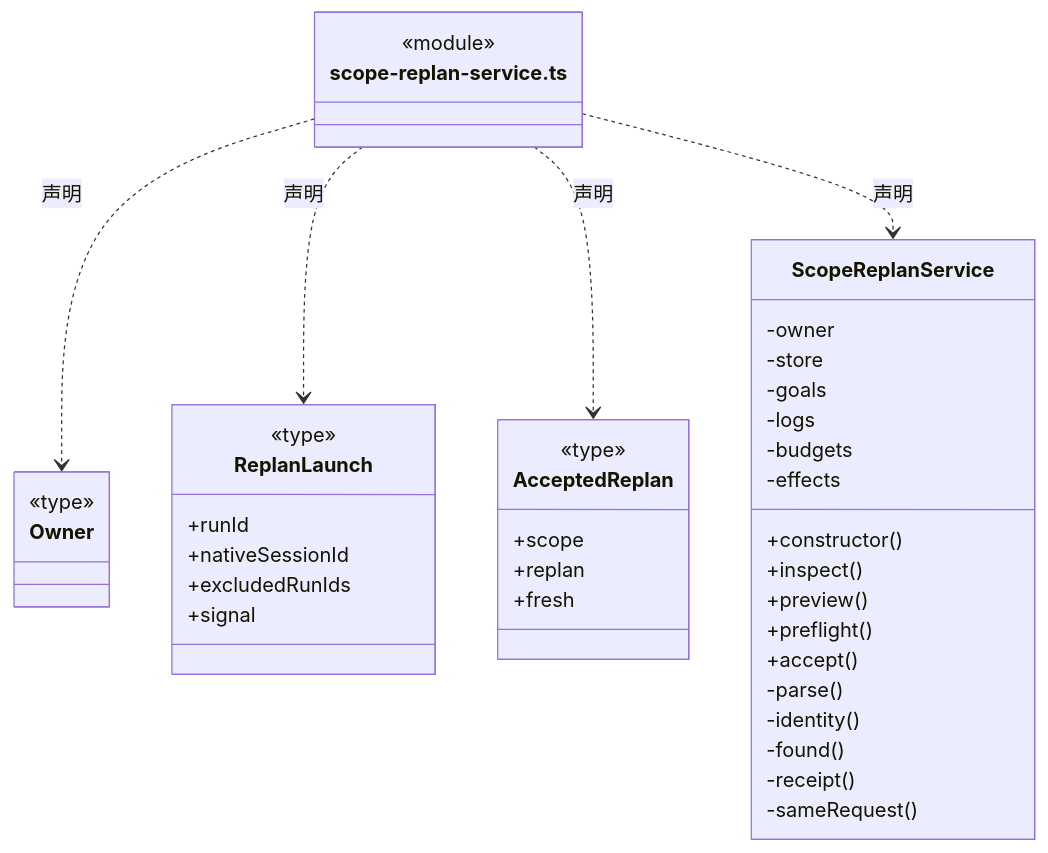
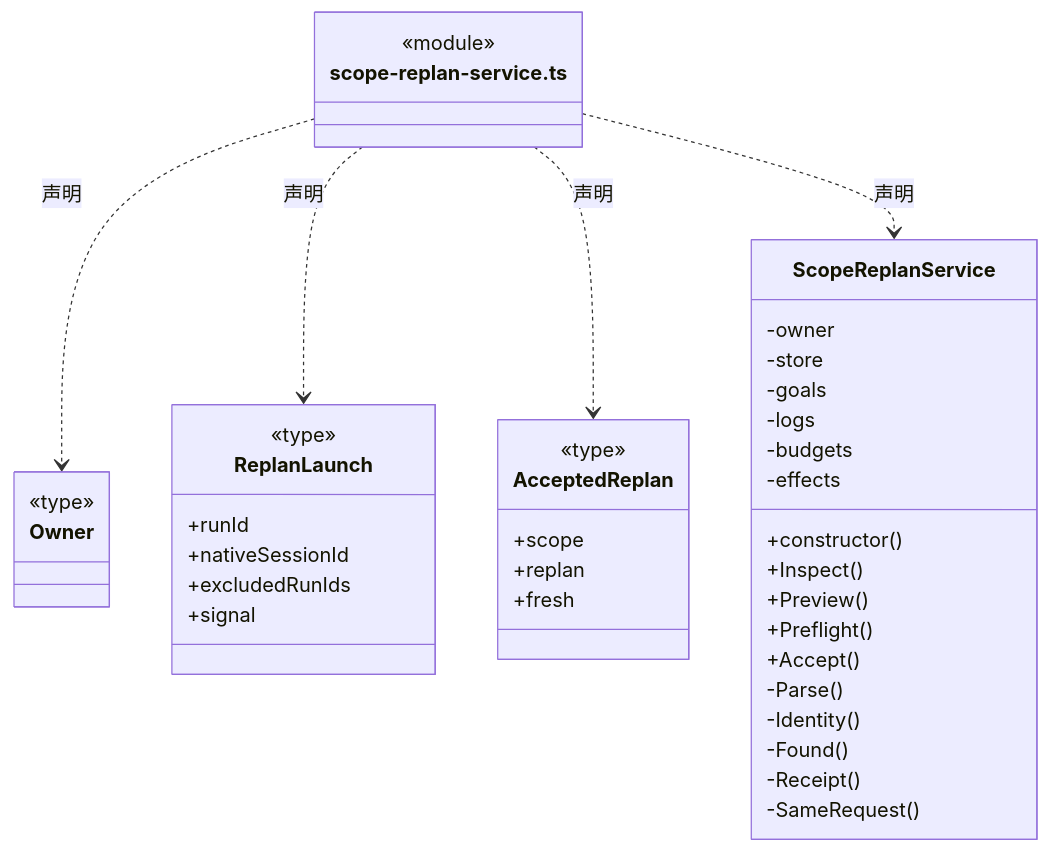
Before and after one commit to nan023062/cbim: diagram 19 of 25 in src/logic/tasks/runtime/ARCHITECTURE.md, drawn with Mermaid. The commit also changed other lines of this file and 1035 other files, not shown here.

````diff
--- a/src/logic/tasks/runtime/ARCHITECTURE.md
+++ b/src/logic/tasks/runtime/ARCHITECTURE.md
@@ -507,45 +507,45 @@
 ```mermaid
 classDiagram
 class N_src_logic_tasks_runtime_scope_replan_service_ts["scope-replan-service.ts"] {
   <<module>>
 }
 class N_src_logic_tasks_runtime_scope_replan_service_ts_Owner["Owner"] {
   <<type>>
 
 }
 N_src_logic_tasks_runtime_scope_replan_service_ts ..> N_src_logic_tasks_runtime_scope_replan_service_ts_Owner : 声明
 class N_src_logic_tasks_runtime_scope_replan_service_ts_ReplanLaunch["ReplanLaunch"] {
   <<type>>
   +runId
   +nativeSessionId
   +excludedRunIds
   +signal
 }
 N_src_logic_tasks_runtime_scope_replan_service_ts ..> N_src_logic_tasks_runtime_scope_replan_service_ts_ReplanLaunch : 声明
 class N_src_logic_tasks_runtime_scope_replan_service_ts_AcceptedReplan["AcceptedReplan"] {
   <<type>>
   +scope
   +replan
   +fresh
 }
 N_src_logic_tasks_runtime_scope_replan_service_ts ..> N_src_logic_tasks_runtime_scope_replan_service_ts_AcceptedReplan : 声明
 class N_src_logic_tasks_runtime_scope_replan_service_ts_ScopeReplanService["ScopeReplanService"] {
   +constructor()
-  +inspect()
-  +preview()
-  +preflight()
-  +accept()
+  +Inspect()
+  +Preview()
+  +Preflight()
+  +Accept()
   -owner
   -store
   -goals
   -logs
   -budgets
   -effects
-  -parse()
-  -identity()
-  -found()
-  -receipt()
-  -sameRequest()
+  -Parse()
+  -Identity()
+  -Found()
+  -Receipt()
+  -SameRequest()
 }
 N_src_logic_tasks_runtime_scope_replan_service_ts ..> N_src_logic_tasks_runtime_scope_replan_service_ts_ScopeReplanService : 声明
 ```
````
